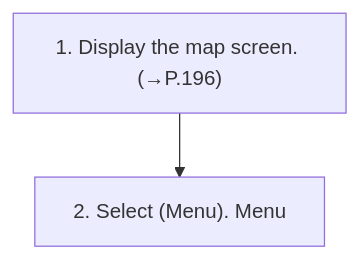
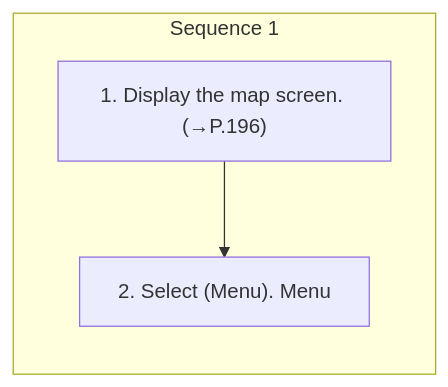
One commit to Chieko-Y/my-spec-generator changed the diagram in workspace/subaru/outback-2025/ivi/published/navigation-system-if-equipped/9-main-menu-screen-overview.md. Above: the diagram before and after it, drawn with Mermaid. The commit also changed other lines of this file and 268 other files, not shown here.

````diff
--- a/workspace/subaru/outback-2025/ivi/published/navigation-system-if-equipped/9-main-menu-screen-overview.md
+++ b/workspace/subaru/outback-2025/ivi/published/navigation-system-if-equipped/9-main-menu-screen-overview.md
@@ -14,6 +14,9 @@
 ```mermaid
 flowchart TD
-    S1["1. Display the map screen. (→P.196)"]
-    S2["2. Select (Menu). Menu"]
-    S1 --> S2
+    subgraph SEQ1["Sequence 1"]
+    direction TB
+    S1_1["1. Display the map screen. (→P.196)"]
+    S1_2["2. Select (Menu). Menu"]
+    S1_1 --> S1_2
+    end
 ```
````
